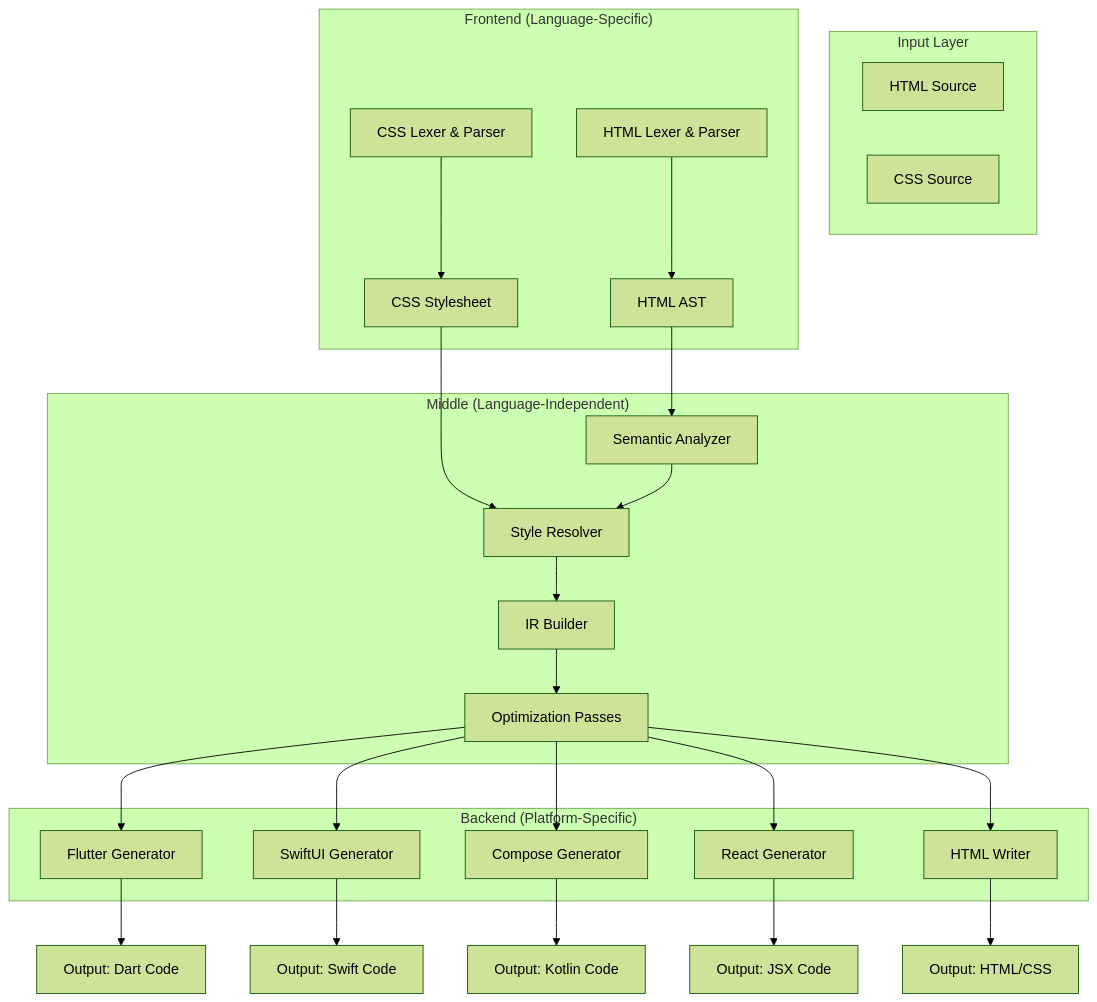
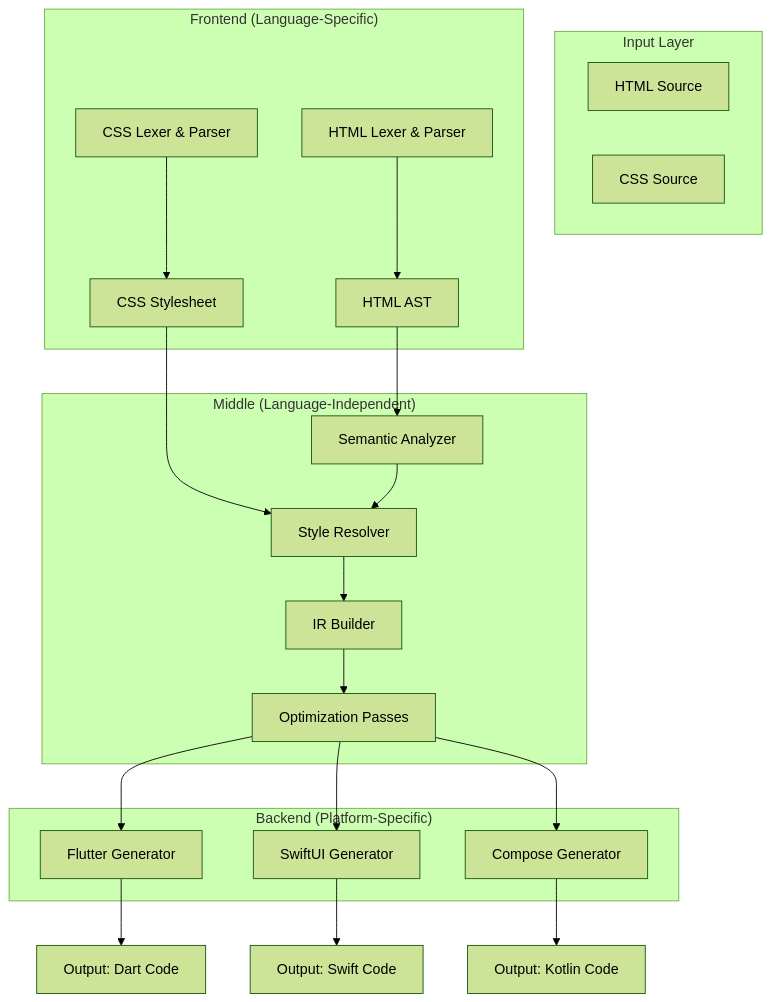
One commit to abdelrzz9/motarjim changed the third of 11 diagrams in README.md. Above: the diagram before and after it, drawn with Mermaid (forest theme). The commit also changed other lines of this file, not shown here.

Commit message:
fix: remove React JSX and HTML from output targets, only Flutter/SwiftUI/Compose are available

````diff
--- a/README.md
+++ b/README.md
@@ -303,44 +300,38 @@
 ```mermaid
 graph TB
     subgraph Input["Input Layer"]
         A["HTML Source"]
         B["CSS Source"]
     end
 
     subgraph Frontend["Frontend (Language-Specific)"]
         C["HTML Lexer & Parser"]
         D["CSS Lexer & Parser"]
         C --> E["HTML AST"]
         D --> F["CSS Stylesheet"]
     end
 
     subgraph Middle["Middle (Language-Independent)"]
         G["Semantic Analyzer"]
         H["Style Resolver"]
         I["IR Builder"]
         J["Optimization Passes"]
         E --> G
         F --> H
         G --> H --> I --> J
     end
 
     subgraph Backend["Backend (Platform-Specific)"]
         K["Flutter Generator"]
         L["SwiftUI Generator"]
         M["Compose Generator"]
-        N["React Generator"]
-        O["HTML Writer"]
     end
 
     J --> K
     J --> L
     J --> M
-    J --> N
-    J --> O
 
     K --> P["Output: Dart Code"]
     L --> Q["Output: Swift Code"]
     M --> R["Output: Kotlin Code"]
-    N --> S["Output: JSX Code"]
-    O --> T["Output: HTML/CSS"]
 ```
````
